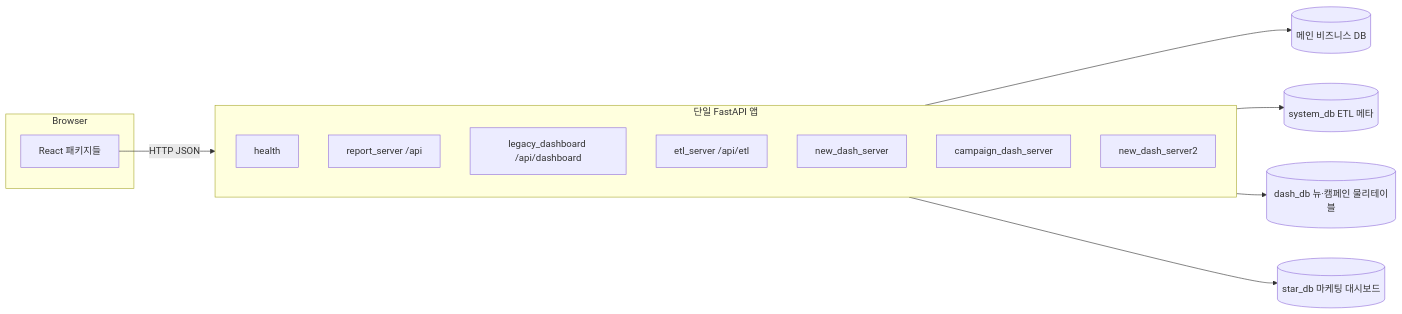
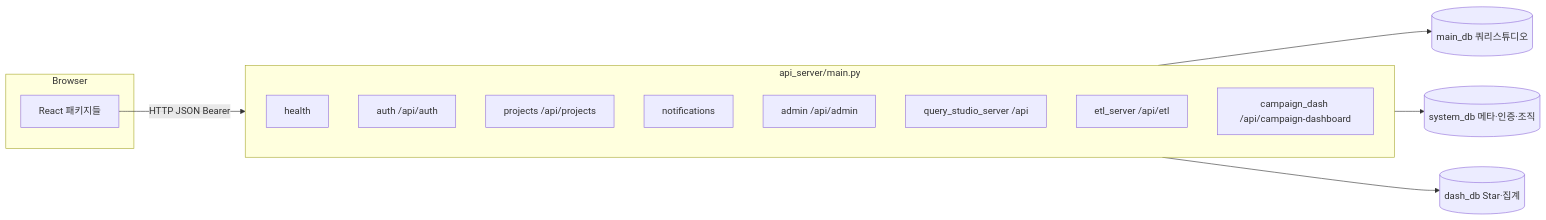
One commit to WhatDoThis/Ibank_BI_Project changed the first of 2 diagrams in docs/main/03_AI_DEVELOP_GUIDE.md. Above: the diagram before and after it, drawn with Mermaid. The commit also changed other lines of this file and 83 other files, not shown here.

First line of the commit message:
feat: query studio server, ETL storage DB and admin updates; remove report_server

````diff
--- a/docs/main/03_AI_DEVELOP_GUIDE.md
+++ b/docs/main/03_AI_DEVELOP_GUIDE.md
@@ -21,20 +21,20 @@
 ```mermaid
 flowchart LR
   subgraph client [Browser]
     React[React 패키지들]
   end
-  subgraph api [단일 FastAPI 앱]
+  subgraph api [api_server/main.py]
     H[health]
-    R[report_server /api]
-    D[legacy_dashboard /api/dashboard]
+    A[auth /api/auth]
+    PR[projects /api/projects]
+    NF[notifications]
+    AD[admin /api/admin]
+    R[query_studio_server /api]
     E[etl_server /api/etl]
-    N[new_dash_server]
-    C[campaign_dash_server]
-    M[new_dash_server2]
+    C[campaign_dash /api/campaign-dashboard]
   end
-  React -->|HTTP JSON| api
-  api --> PG1[(메인 비즈니스 DB)]
-  api --> PG2[(system_db ETL 메타)]
-  api --> PG3[(dash_db 뉴·캠페인 물리테이블)]
-  api --> PG4[(star_db 마케팅 대시보드)]
+  React -->|HTTP JSON Bearer| api
+  api --> PG1[(main_db 쿼리스튜디오)]
+  api --> PG2[(system_db 메타·인증·조직)]
+  api --> PG3[(dash_db Star·집계)]
 ```
````
